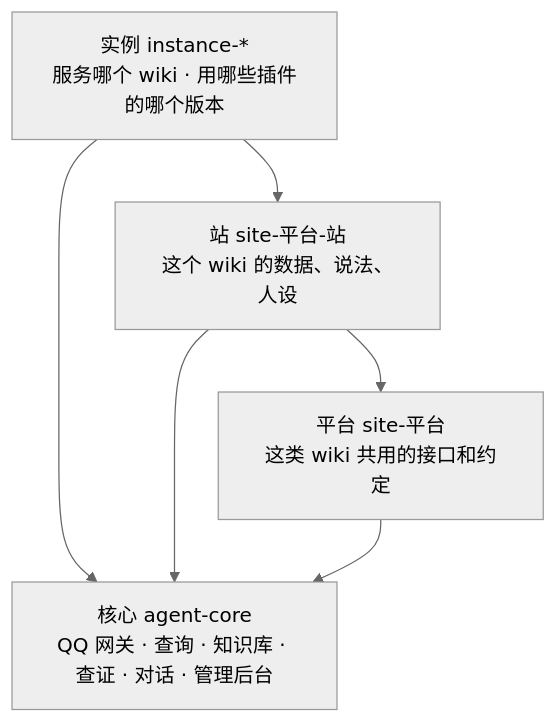
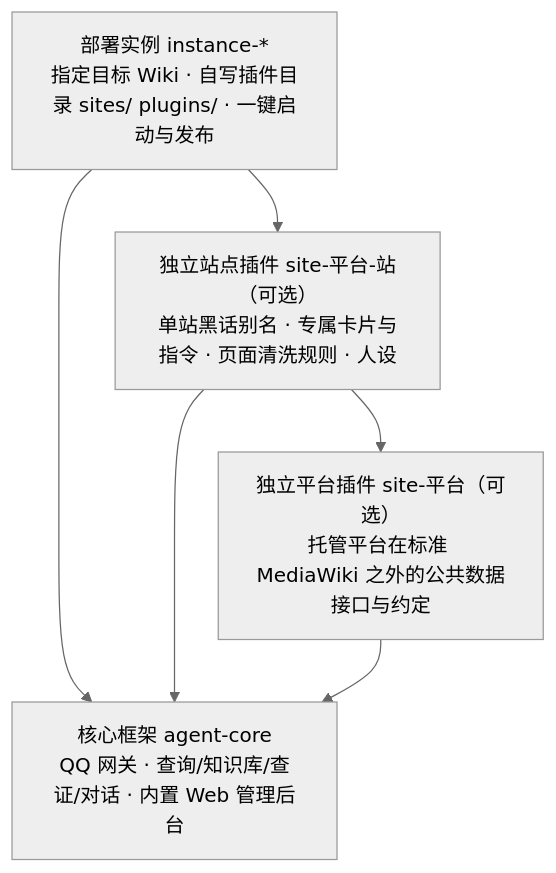
The diagram in profile/README.md (JianShanAgent/.github), drawn with Mermaid (neutral theme) before and after one commit. The commit also changed other lines of this file and 1 other file, not shown here.

````diff
--- a/profile/README.md
+++ b/profile/README.md
@@ -36,9 +47,9 @@
 ```mermaid
 flowchart TB
-    I["实例 instance-*<br>服务哪个 wiki · 用哪些插件的哪个版本"]
-    I --> C["核心 agent-core<br>QQ 网关 · 查询 · 知识库 · 查证 · 对话 · 管理后台"]
-    I --> S["站 site-平台-站<br>这个 wiki 的数据、说法、人设"]
-    S --> P["平台 site-平台<br>这类 wiki 共用的接口和约定"]
+    I["部署实例 instance-*<br>指定目标 Wiki · 自写插件目录 sites/ plugins/ · 一键启动与发布"]
+    I --> C["核心框架 agent-core<br>QQ 网关 · 查询/知识库/查证/对话 · 内置 Web 管理后台"]
+    I --> S["独立站点插件 site-平台-站（可选）<br>单站黑话别名 · 专属卡片与指令 · 页面清洗规则 · 人设"]
+    S --> P["独立平台插件 site-平台（可选）<br>托管平台在标准 MediaWiki 之外的公共数据接口与约定"]
     S --> C
     P --> C
 ```
````
